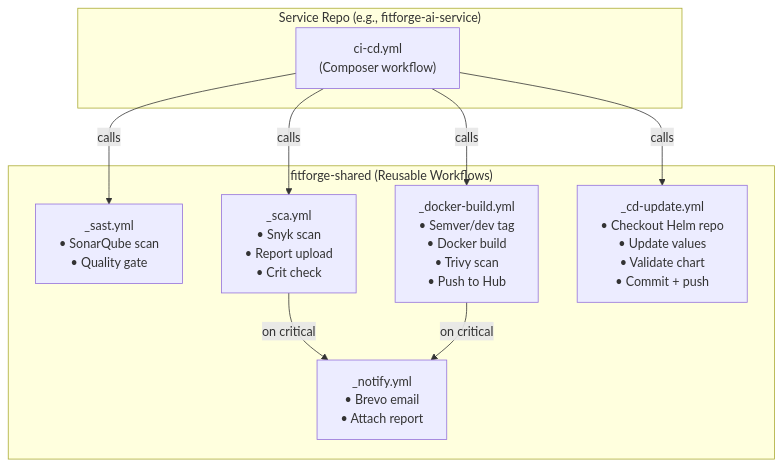
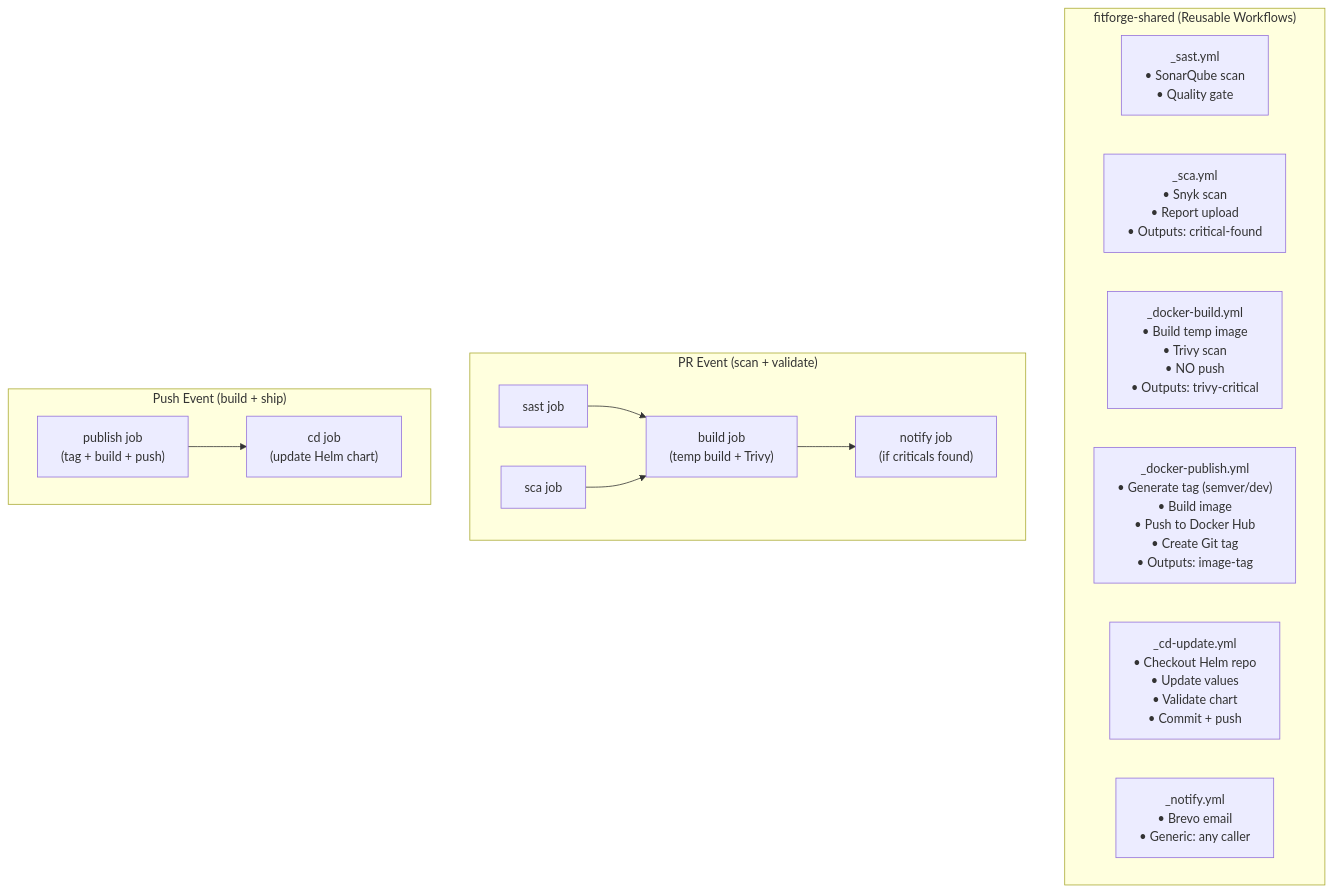
Before and after one commit to fitforge101/fitforge-ai-service: the first of 4 diagrams in ci-cd-workflow-strategy.md, drawn with Mermaid. The commit also changed other lines of this file, not shown here.

Commit message:
refactor: decouple CI/CD workflows by splitting into six specialized, composable templates with distinct PR and push execution paths

````diff
--- a/ci-cd-workflow-strategy.md
+++ b/ci-cd-workflow-strategy.md
@@ -90,21 +82,22 @@
 ```mermaid
 graph TD
     subgraph SHARED["fitforge-shared (Reusable Workflows)"]
         SAST["_sast.yml\n• SonarQube scan\n• Quality gate"]
-        SCA["_sca.yml\n• Snyk scan\n• Report upload\n• Crit check"]
-        DOCKER["_docker-build.yml\n• Semver/dev tag\n• Docker build\n• Trivy scan\n• Push to Hub"]
+        SCA["_sca.yml\n• Snyk scan\n• Report upload\n• Outputs: critical-found"]
+        DOCKER_BUILD["_docker-build.yml\n• Build temp image\n• Trivy scan\n• NO push\n• Outputs: trivy-critical"]
+        DOCKER_PUBLISH["_docker-publish.yml\n• Generate tag (semver/dev)\n• Build image\n• Push to Docker Hub\n• Create Git tag\n• Outputs: image-tag"]
         CD["_cd-update.yml\n• Checkout Helm repo\n• Update values\n• Validate chart\n• Commit + push"]
-        NOTIFY["_notify.yml\n• Brevo email\n• Attach report"]
+        NOTIFY["_notify.yml\n• Brevo email\n• Generic: any caller"]
     end
 
-    subgraph SERVICE["Service Repo (e.g., fitforge-ai-service)"]
-        CALLER["ci-cd.yml\n(Composer workflow)"]
+    subgraph PR_FLOW["PR Event (scan + validate)"]
+        PR_SAST["sast job"] --> PR_BUILD
+        PR_SCA["sca job"] --> PR_BUILD
+        PR_BUILD["build job\n(temp build + Trivy)"] --> PR_NOTIFY
+        PR_NOTIFY["notify job\n(if criticals found)"]
     end
 
-    CALLER -->|"calls"| SAST
-    CALLER -->|"calls"| SCA
-    CALLER -->|"calls"| DOCKER
-    CALLER -->|"calls"| CD
-    SCA -->|"on critical"| NOTIFY
-    DOCKER -->|"on critical"| NOTIFY
+    subgraph PUSH_FLOW["Push Event (build + ship)"]
+        PUSH_PUBLISH["publish job\n(tag + build + push)"] --> PUSH_CD["cd job\n(update Helm chart)"]
+    end
 ```
````
